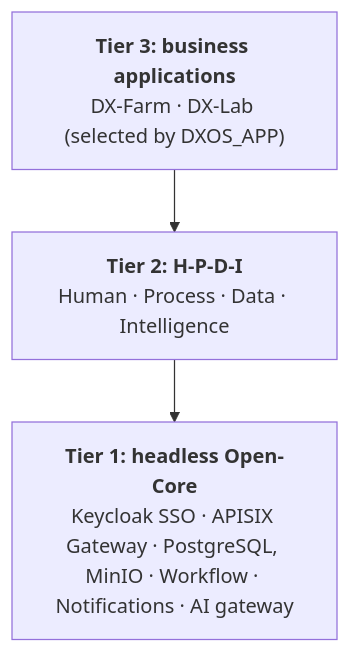
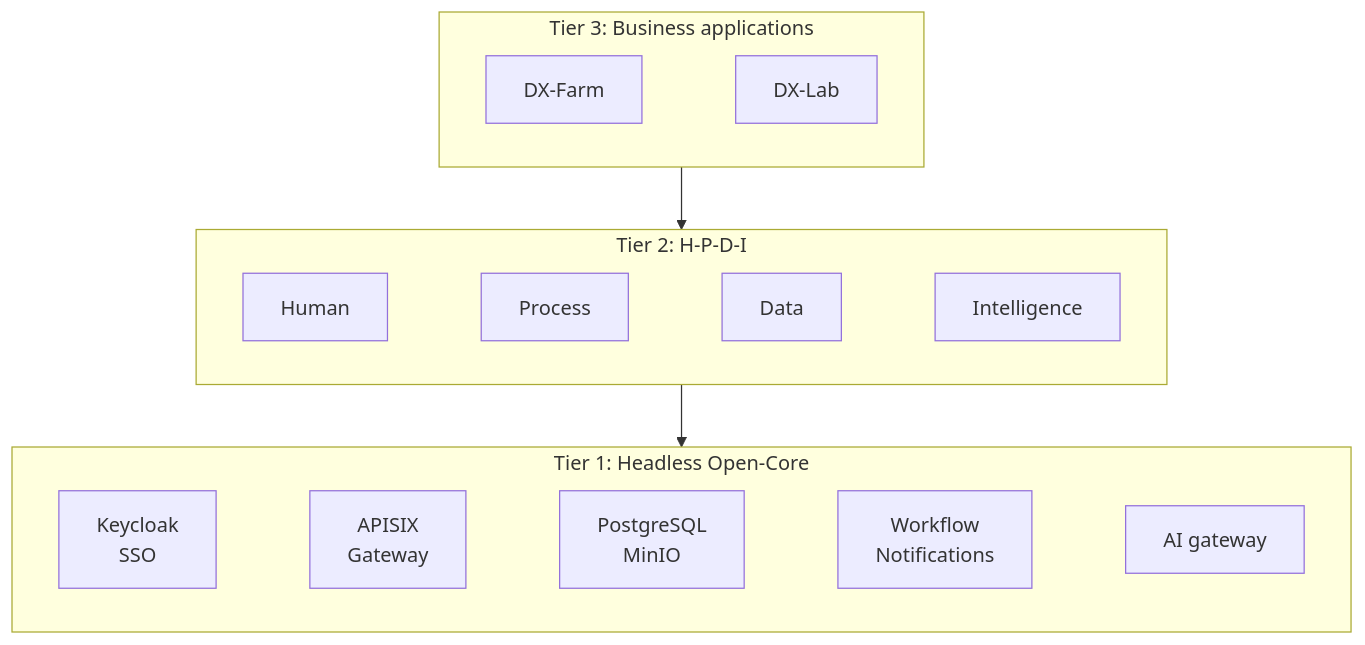
One commit to HaUI-ImplSolution/DX-OS changed the diagram in README_EN.md. Above: the diagram before and after it, drawn with Mermaid. The commit also changed other lines of this file and 1 other file, not shown here.

````diff
--- a/README_EN.md
+++ b/README_EN.md
@@ -19,7 +57,16 @@
 ```mermaid
 flowchart TB
-  T3["<b>Tier 3: business applications</b><br/>DX-Farm · DX-Lab (selected by DXOS_APP)"]
-  T2["<b>Tier 2: H-P-D-I</b><br/>Human · Process · Data · Intelligence"]
-  T1["<b>Tier 1: headless Open-Core</b><br/>Keycloak SSO · APISIX Gateway · PostgreSQL, MinIO · Workflow · Notifications · AI gateway"]
+  subgraph T3["Tier 3: Business applications"]
+    direction LR
+    FARM["DX-Farm"] ~~~ LAB["DX-Lab"]
+  end
+  subgraph T2["Tier 2: H-P-D-I"]
+    direction LR
+    H["Human"] ~~~ P["Process"] ~~~ D["Data"] ~~~ I["Intelligence"]
+  end
+  subgraph T1["Tier 1: Headless Open-Core"]
+    direction LR
+    SSO["Keycloak<br/>SSO"] ~~~ GW["APISIX<br/>Gateway"] ~~~ DATA["PostgreSQL<br/>MinIO"] ~~~ WF["Workflow<br/>Notifications"] ~~~ AI["AI gateway"]
+  end
   T3 --> T2 --> T1
 ```
````
